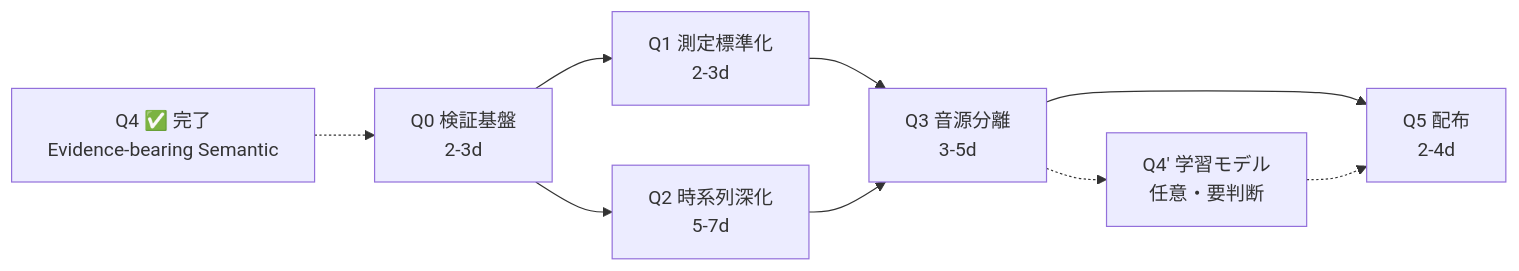
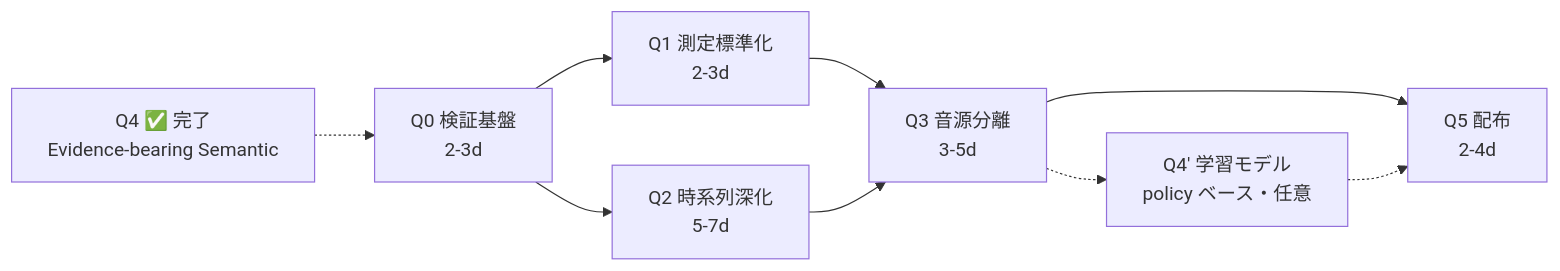
One commit to Yuu6798/ugh-prompt-engine changed the diagram in docs/roadmap_goal1.md. Above: the diagram before and after it, drawn with Mermaid. The commit also changed other lines of this file, not shown here.

First line of the commit message:
docs(roadmap_goal1): swap madmom for beat_this, link learned_models_policy

````diff
--- a/docs/roadmap_goal1.md
+++ b/docs/roadmap_goal1.md
@@ -159,11 +181,11 @@
 ```mermaid
 flowchart LR
     Q4done[Q4 ✅ 完了<br/>Evidence-bearing Semantic] -.-> Q0
     Q0[Q0 検証基盤<br/>2-3d] --> Q1[Q1 測定標準化<br/>2-3d]
     Q0 --> Q2[Q2 時系列深化<br/>5-7d]
     Q1 --> Q3[Q3 音源分離<br/>3-5d]
     Q2 --> Q3
     Q3 --> Q5[Q5 配布<br/>2-4d]
-    Q3 -.-> Q4prime[Q4' 学習モデル<br/>任意・要判断]
+    Q3 -.-> Q4prime[Q4' 学習モデル<br/>policy ベース・任意]
     Q4prime -.-> Q5
 ```
````
